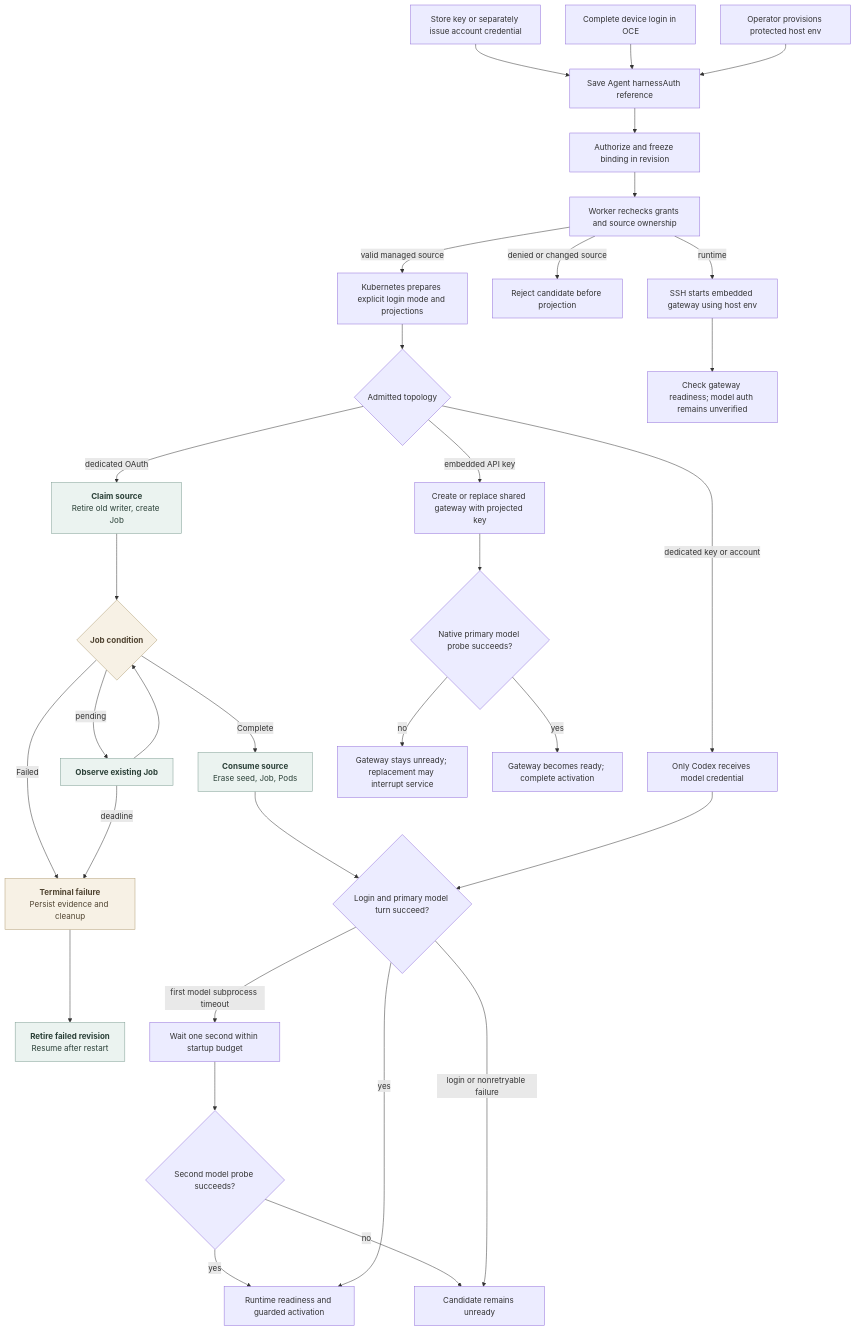
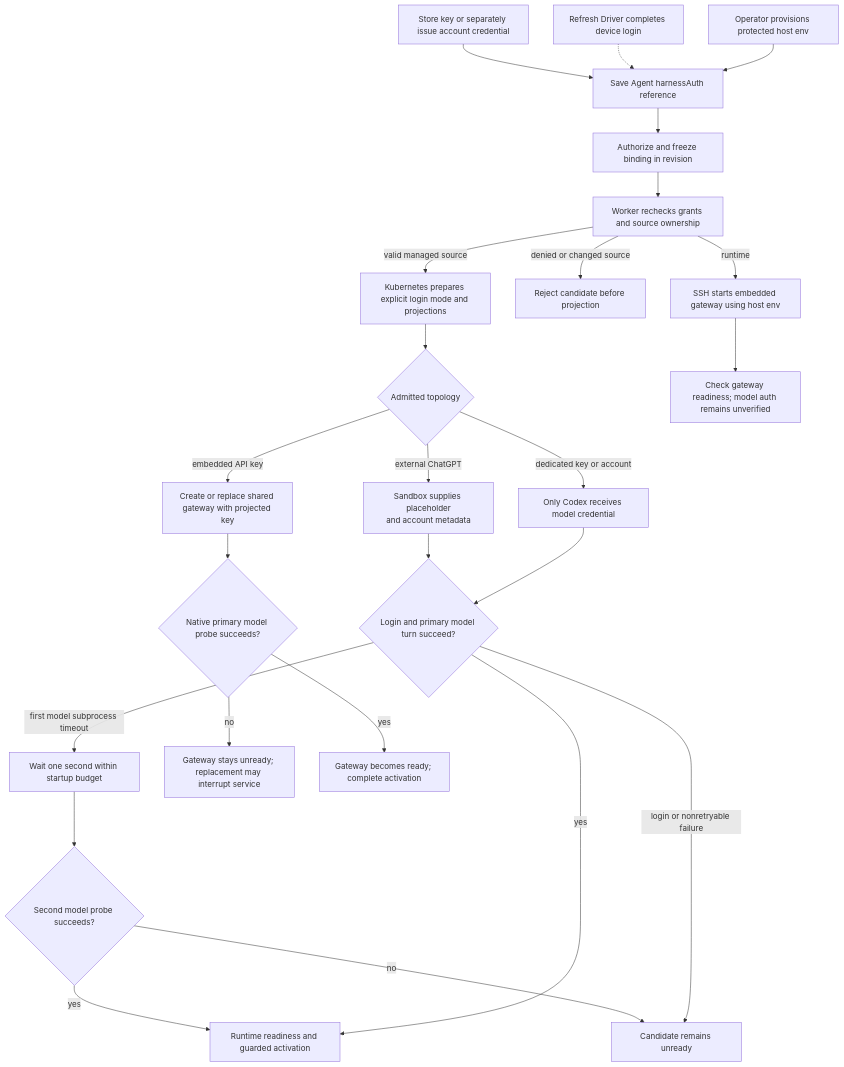
The diagram in docs/flows/native-service-account-credential-delivery.md (PalmPalm7/openclaw-enterprise), drawn with Mermaid before and after one commit. The commit also changed other lines of this file and 133 other files, not shown here.

````diff
--- a/docs/flows/native-service-account-credential-delivery.md
+++ b/docs/flows/native-service-account-credential-delivery.md
@@ -31,39 +31,27 @@
 ```mermaid
 graph TD
   A["Store key or separately issue account credential"] --> B["Save Agent harnessAuth reference"]
-  DA["Complete device login in OCE"] --> B
-  G -->|dedicated OAuth| OA["<b>Claim source</b><br/>Retire old writer, create Job"]
-  OA --> OC{"<b>Job condition</b>"}
-  OC -->|pending| OP["<b>Observe existing Job</b>"]
-  OP --> OC
-  OC -->|Complete| OB["<b>Consume source</b><br/>Erase seed, Job, Pods"]
-  OC -->|Failed| OF["<b>Terminal failure</b><br/>Persist evidence and cleanup"]
-  OP -->|deadline| OF
-  OF --> OG["<b>Retire failed revision</b><br/>Resume after restart"]
-  OB --> J
+  DA["Refresh Driver completes device login"] -.-> B
+  G -->|external ChatGPT| OA["Sandbox supplies placeholder<br/>and account metadata"]
+  OA --> J
   R["Operator provisions protected host env"] --> B
   D -->|runtime| S["SSH starts embedded gateway using host env"]
   S --> T["Check gateway readiness; model auth remains unverified"]
   B --> C["Authorize and freeze binding in revision"]
   C --> D["Worker rechecks grants and source ownership"]
   D -->|denied or changed source| E["Reject candidate before projection"]
   D -->|valid managed source| F["Kubernetes prepares explicit login mode and projections"]
   F --> G{"Admitted topology"}
   G -->|embedded API key| H["Create or replace shared gateway with projected key"]
   G -->|dedicated key or account| I["Only Codex receives model credential"]
   I --> J{"Login and primary model turn succeed?"}
   J -->|first model subprocess timeout| P["Wait one second within startup budget"]
   P --> Q{"Second model probe succeeds?"}
   Q -->|yes| L
   Q -->|no| K["Candidate remains unready"]
   J -->|login or nonretryable failure| K
   J -->|yes| L["Runtime readiness and guarded activation"]
   H --> M{"Native primary model probe succeeds?"}
   M -->|no| N["Gateway stays unready; replacement may interrupt service"]
   M -->|yes| O["Gateway becomes ready; complete activation"]
-
-  classDef operation fill:#EBF3F0,stroke:#7F9D93,color:#2B4038,stroke-width:1px
-  classDef blocked fill:#F7F1E5,stroke:#B3A078,color:#514532,stroke-width:1px
-  class OA,OP,OB,OG operation
-  class OC,OF blocked
 ```
````
